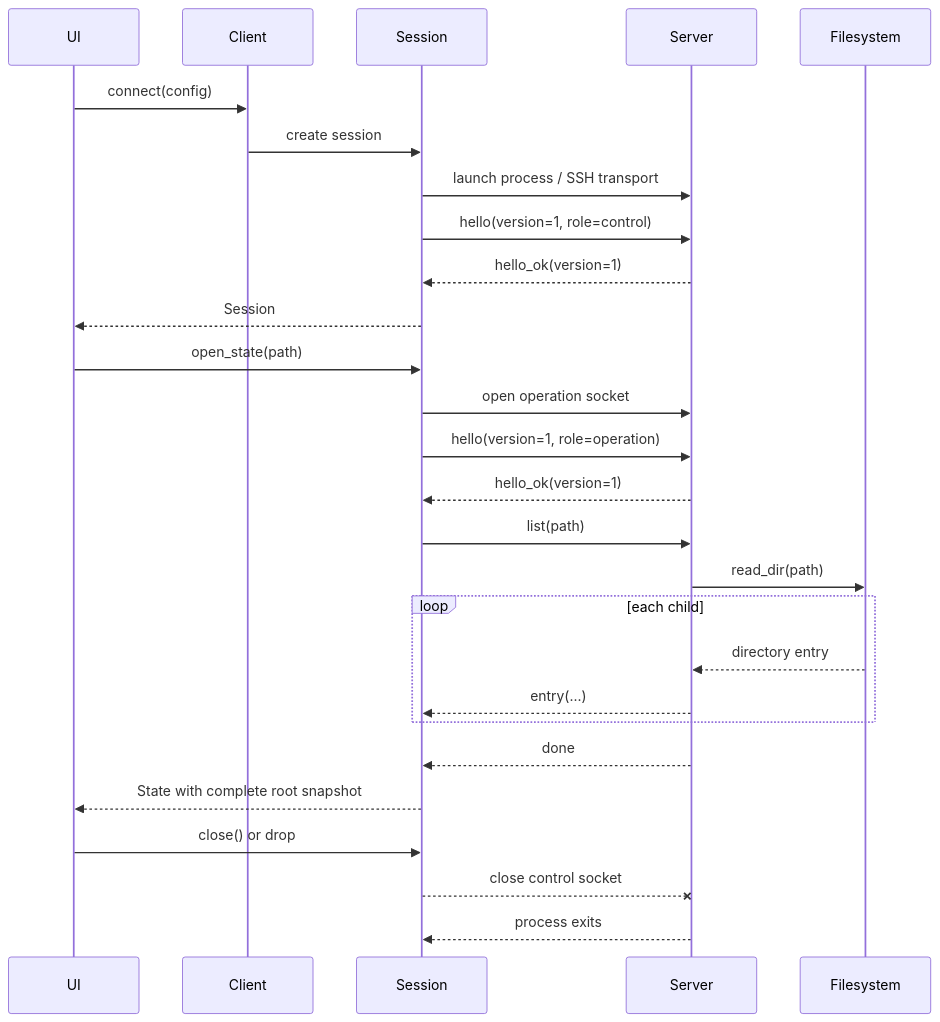
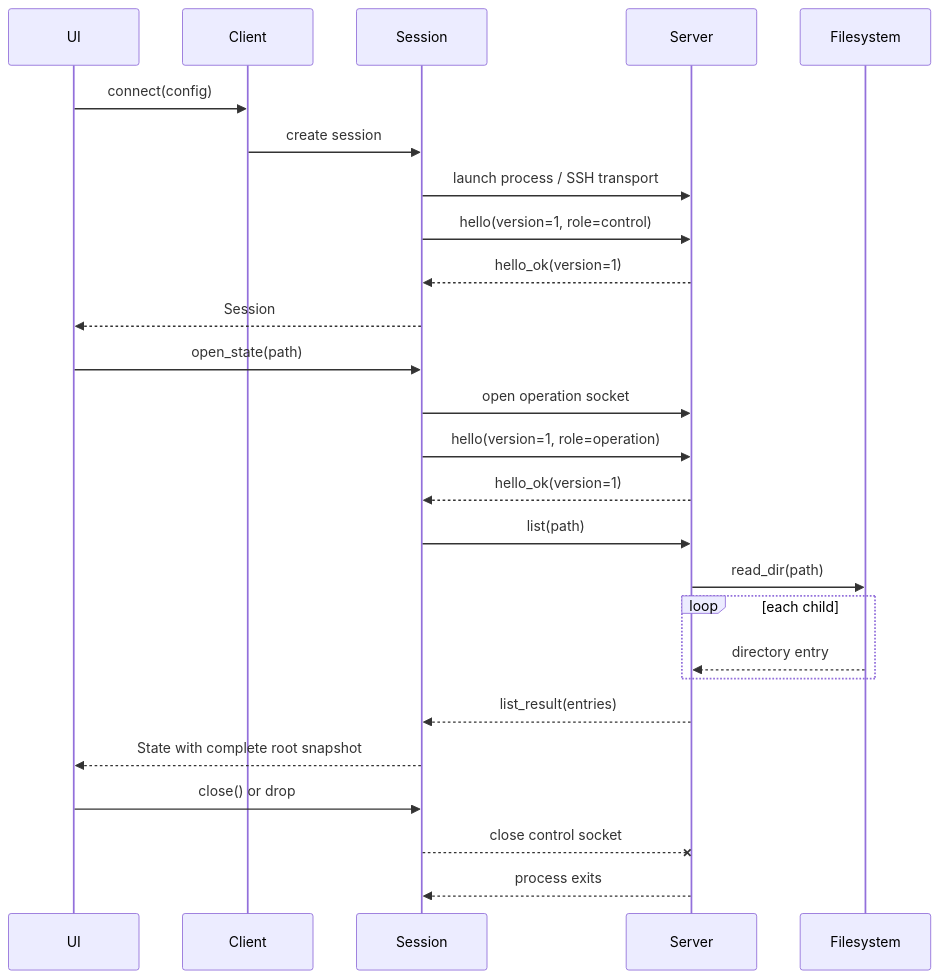
Before and after one commit to tanchihpin0517/file-peeker: the second of 2 diagrams in docs/api.md, drawn with Mermaid. The commit also changed other lines of this file and 7 other files, not shown here.

````diff
--- a/docs/api.md
+++ b/docs/api.md
@@ -335,32 +335,31 @@
 ```mermaid
 sequenceDiagram
     participant UI
     participant API as Client
     participant Client as Session
     participant Server
     participant FS as Filesystem
 
     UI->>API: connect(config)
     API->>Client: create session
     Client->>Server: launch process / SSH transport
     Client->>Server: hello(version=1, role=control)
     Server-->>Client: hello_ok(version=1)
     Client-->>UI: Session
 
     UI->>Client: open_state(path)
     Client->>Server: open operation socket
     Client->>Server: hello(version=1, role=operation)
     Server-->>Client: hello_ok(version=1)
     Client->>Server: list(path)
     Server->>FS: read_dir(path)
     loop each child
         FS-->>Server: directory entry
-        Server-->>Client: entry(...)
     end
-    Server-->>Client: done
+    Server-->>Client: list_result(entries)
     Client-->>UI: State with complete root snapshot
 
     UI->>Client: close() or drop
     Client--xServer: close control socket
     Server-->>Client: process exits
 ```
````
